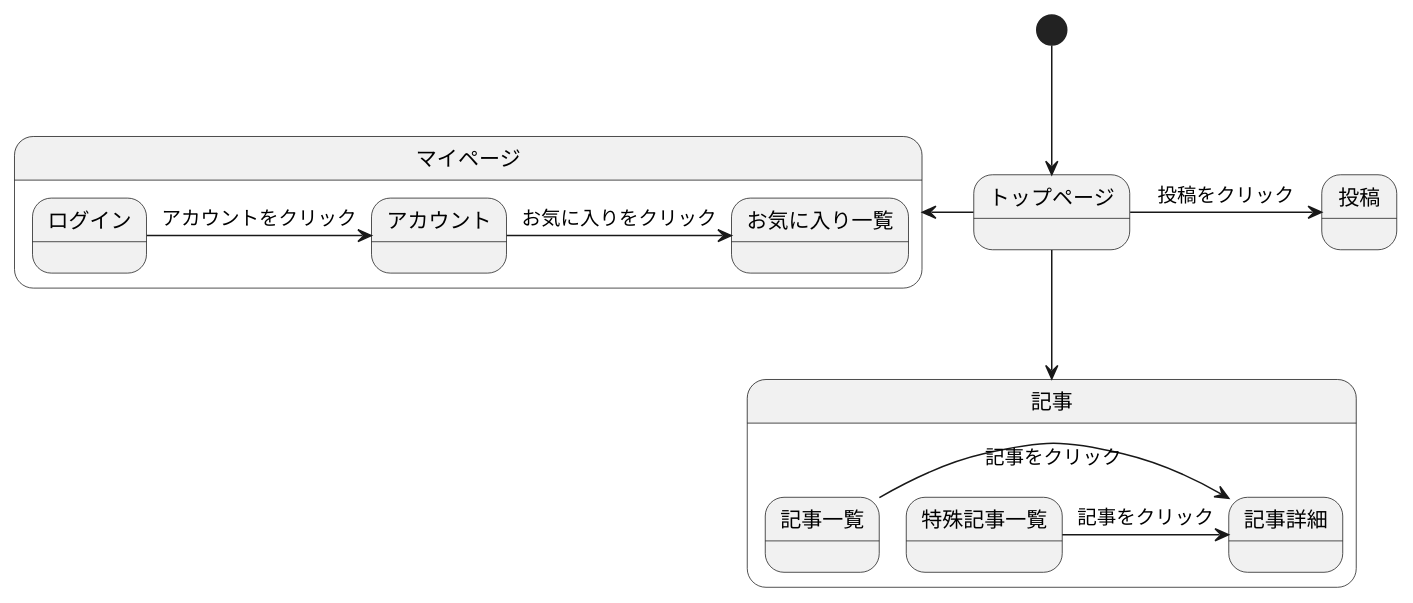
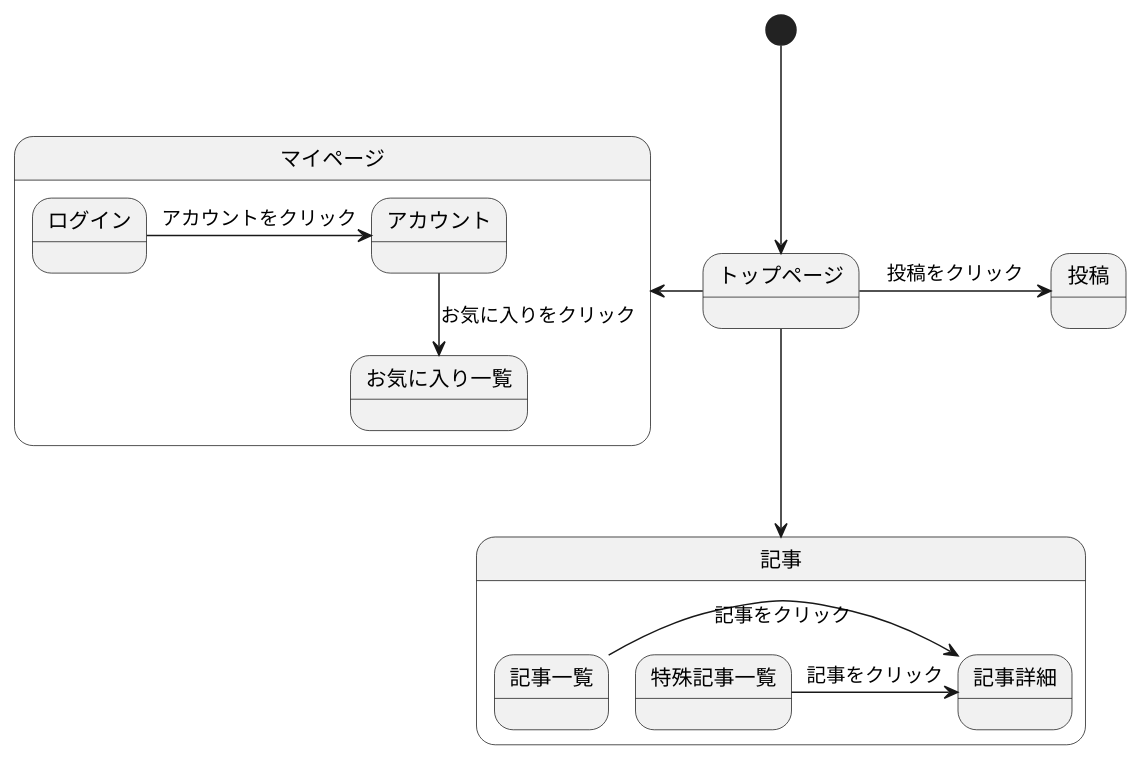
One commit to Aso2001001/2022System changed the diagram in 後期画面遷移.md. Above: the diagram before and after it, drawn with PlantUML.

````diff
--- a/後期画面遷移.md
+++ b/後期画面遷移.md
@@ -1,32 +1,32 @@
 ```uml
 @startuml
 [*] --> トップページ
 
 state 記事{
 記事一覧 -> 記事詳細 : 記事をクリック
 特殊記事一覧 -> 記事詳細 : 記事をクリック
 }
 
 state マイページ{
 ログイン -> アカウント : アカウントをクリック
-アカウント -> お気に入り一覧 : お気に入りをクリック
+アカウント -down-> お気に入り一覧 : お気に入りをクリック
 }
 
 トップページ -down-> 記事
 トップページ -left-> マイページ
 
 
 
 
 トップページ -> 投稿 : 投稿をクリック
 
 
 
 
 
 
 
 
 
 @enduml
 ```
````
